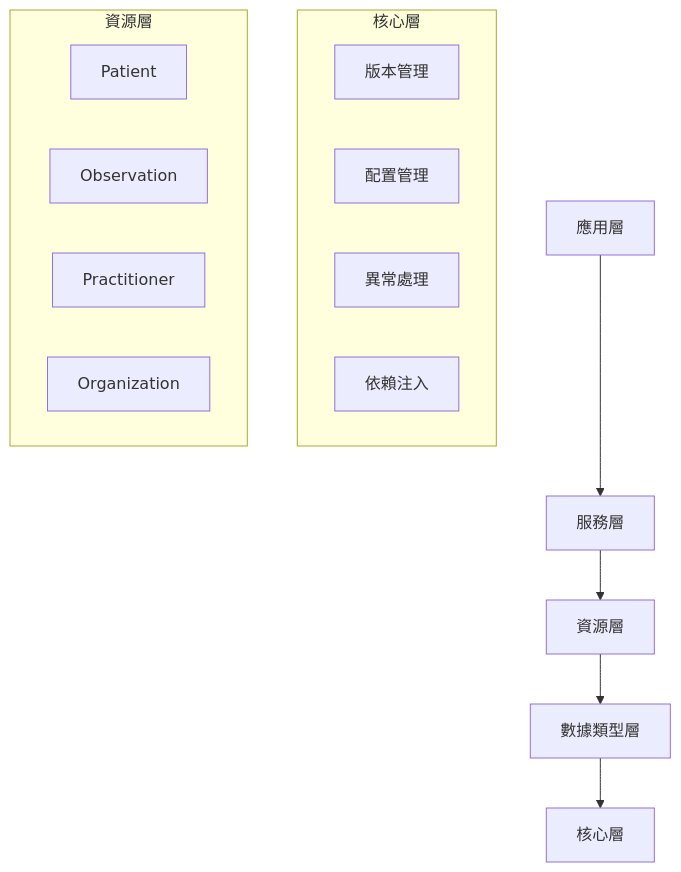
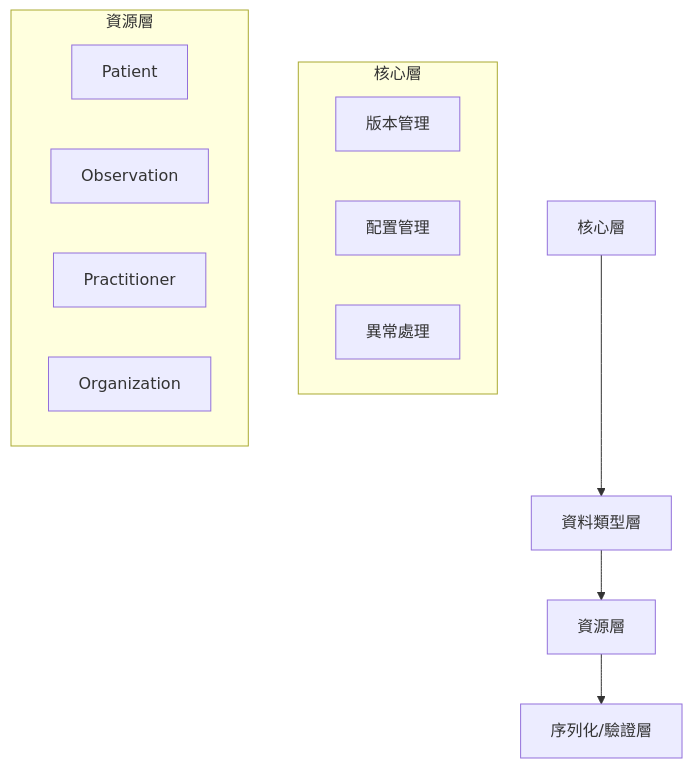
Before and after one commit to sjvann/FHIR-SDK: the diagram in docs/Advanced-User-Manual.md, drawn with Mermaid. The commit also changed other lines of this file and 1571 other files, not shown here.

````diff
--- a/docs/Advanced-User-Manual.md
+++ b/docs/Advanced-User-Manual.md
@@ -33,21 +29,19 @@
 ```mermaid
-graph TB
-    A[應用層] --> B[服務層]
+graph TD
+    A[核心層] --> B[資料類型層]
     B --> C[資源層]
-    C --> D[數據類型層]
-    D --> E[核心層]
+    C --> D[序列化/驗證層]
     
-    subgraph "核心層"
+    subgraph core[核心層]
         E1[版本管理]
         E2[配置管理]
         E3[異常處理]
-        E4[依賴注入]
     end
     
-    subgraph "資源層"
+    subgraph resources[資源層]
         C1[Patient]
         C2[Observation]
         C3[Practitioner]
         C4[Organization]
     end
 ```
````
